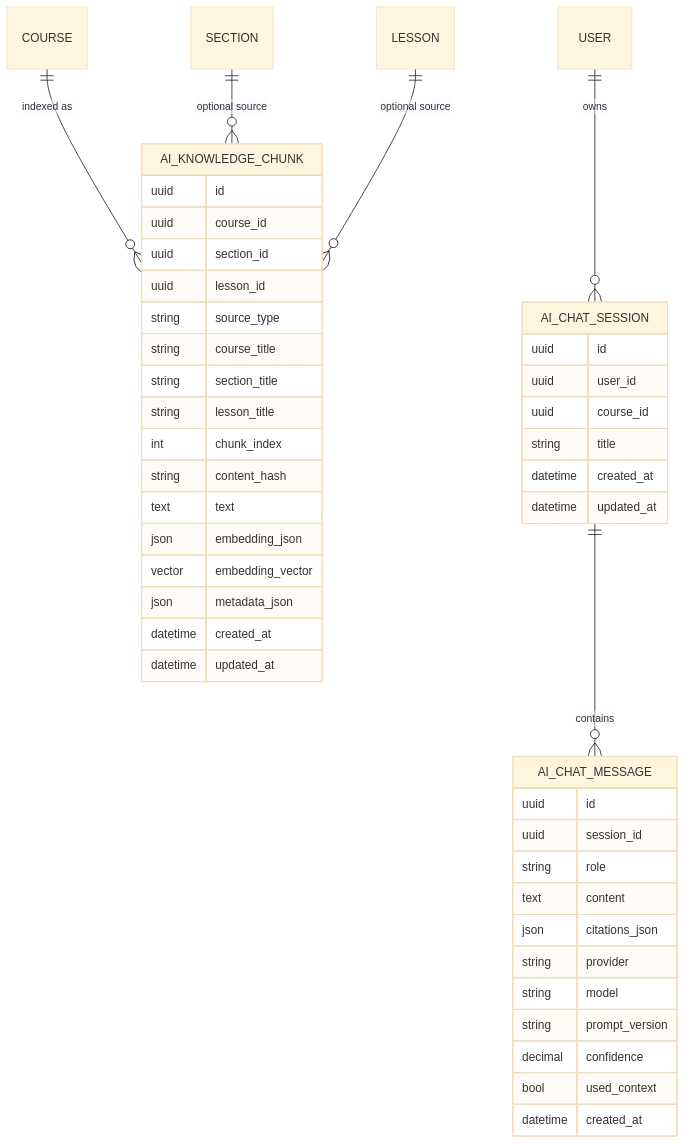
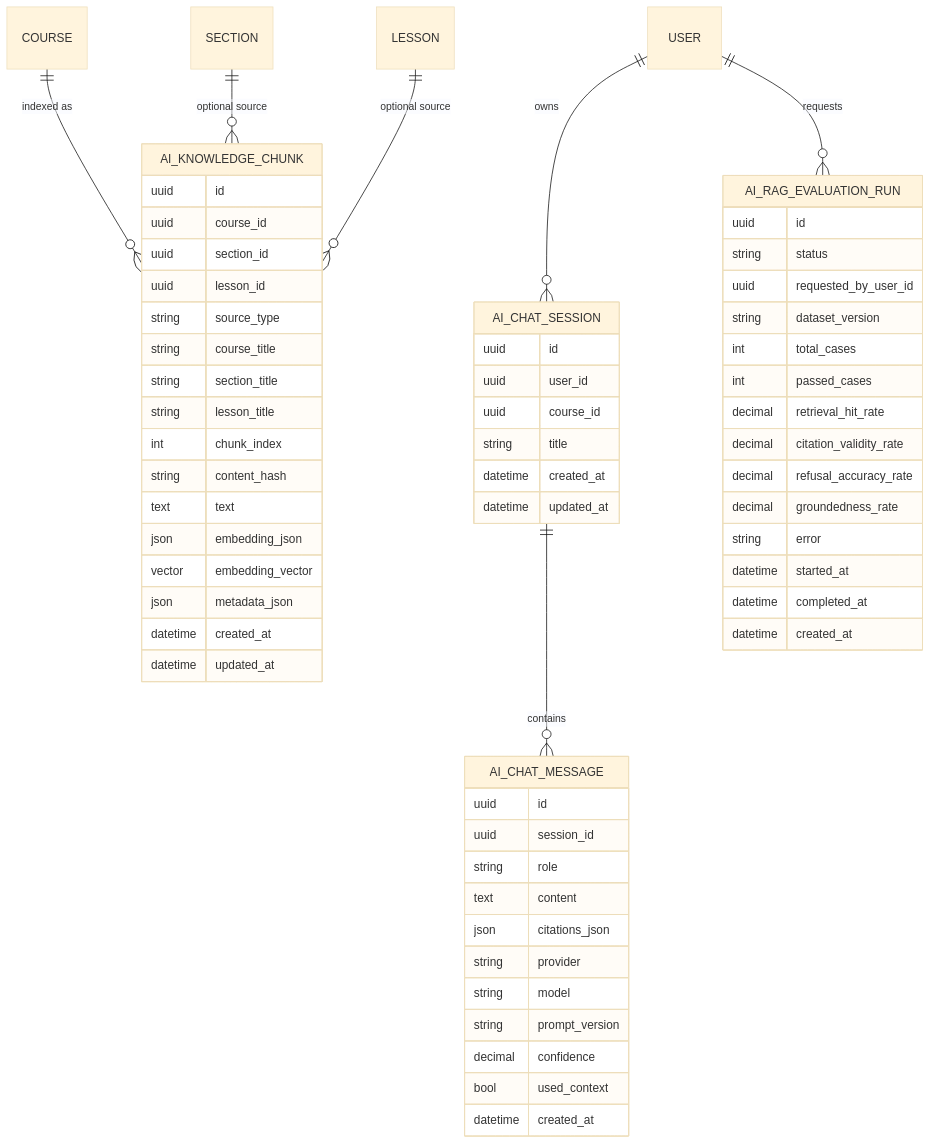
One commit to caiquangtung/ELearning changed the fourth of 7 diagrams in docs/ai-architecture.md. Above: the diagram before and after it, drawn with Mermaid (base theme). The commit also changed other lines of this file and 40 other files, not shown here.

First line of the commit message:
feat: Implement AI RAG evaluation service and related components

````diff
--- a/docs/ai-architecture.md
+++ b/docs/ai-architecture.md
@@ -204,50 +216,68 @@
 ```mermaid
 erDiagram
     COURSE ||--o{ AI_KNOWLEDGE_CHUNK : "indexed as"
     SECTION ||--o{ AI_KNOWLEDGE_CHUNK : "optional source"
     LESSON ||--o{ AI_KNOWLEDGE_CHUNK : "optional source"
     USER ||--o{ AI_CHAT_SESSION : "owns"
     AI_CHAT_SESSION ||--o{ AI_CHAT_MESSAGE : "contains"
+    USER ||--o{ AI_RAG_EVALUATION_RUN : "requests"
 
     AI_KNOWLEDGE_CHUNK {
         uuid id
         uuid course_id
         uuid section_id
         uuid lesson_id
         string source_type
         string course_title
         string section_title
         string lesson_title
         int chunk_index
         string content_hash
         text text
         json embedding_json
         vector embedding_vector
         json metadata_json
         datetime created_at
         datetime updated_at
     }
 
     AI_CHAT_SESSION {
         uuid id
         uuid user_id
         uuid course_id
         string title
         datetime created_at
         datetime updated_at
     }
 
     AI_CHAT_MESSAGE {
         uuid id
         uuid session_id
         string role
         text content
         json citations_json
         string provider
         string model
         string prompt_version
         decimal confidence
         bool used_context
         datetime created_at
     }
+
+    AI_RAG_EVALUATION_RUN {
+        uuid id
+        string status
+        uuid requested_by_user_id
+        string dataset_version
+        int total_cases
+        int passed_cases
+        decimal retrieval_hit_rate
+        decimal citation_validity_rate
+        decimal refusal_accuracy_rate
+        decimal groundedness_rate
+        string error
+        datetime started_at
+        datetime completed_at
+        datetime created_at
+    }
 ```
````
